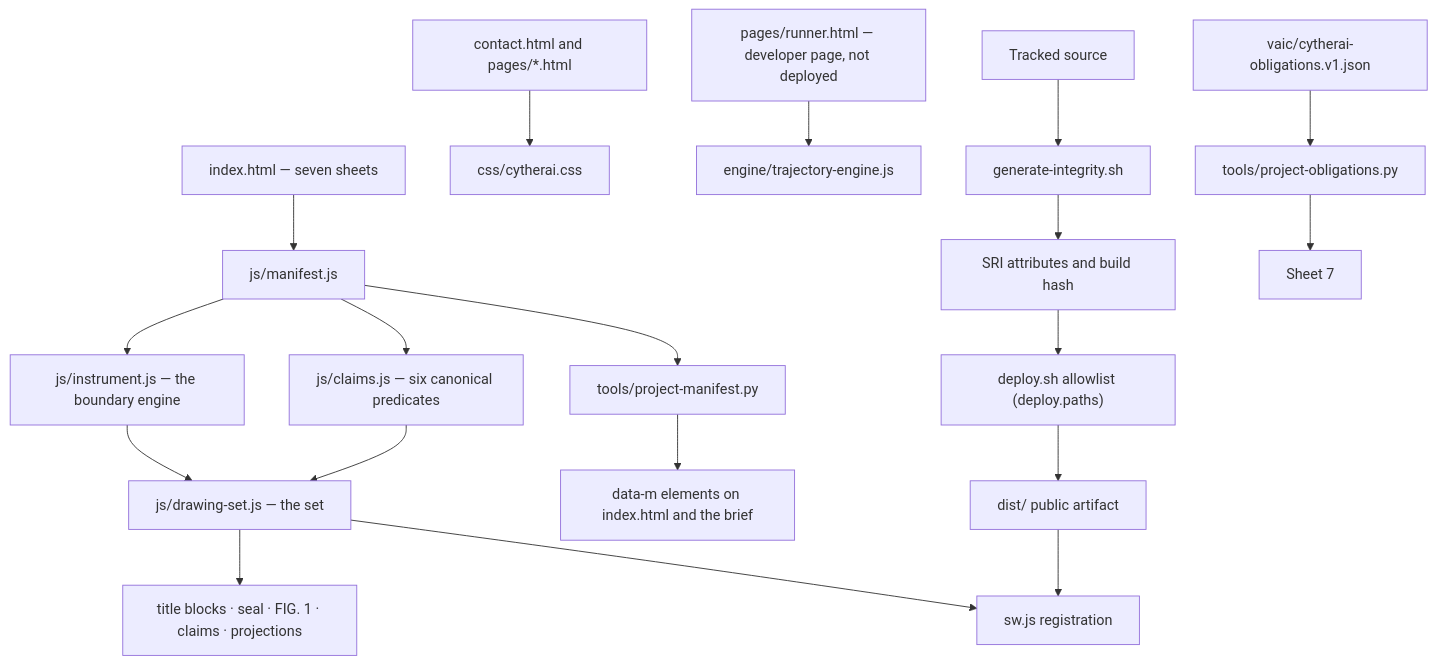
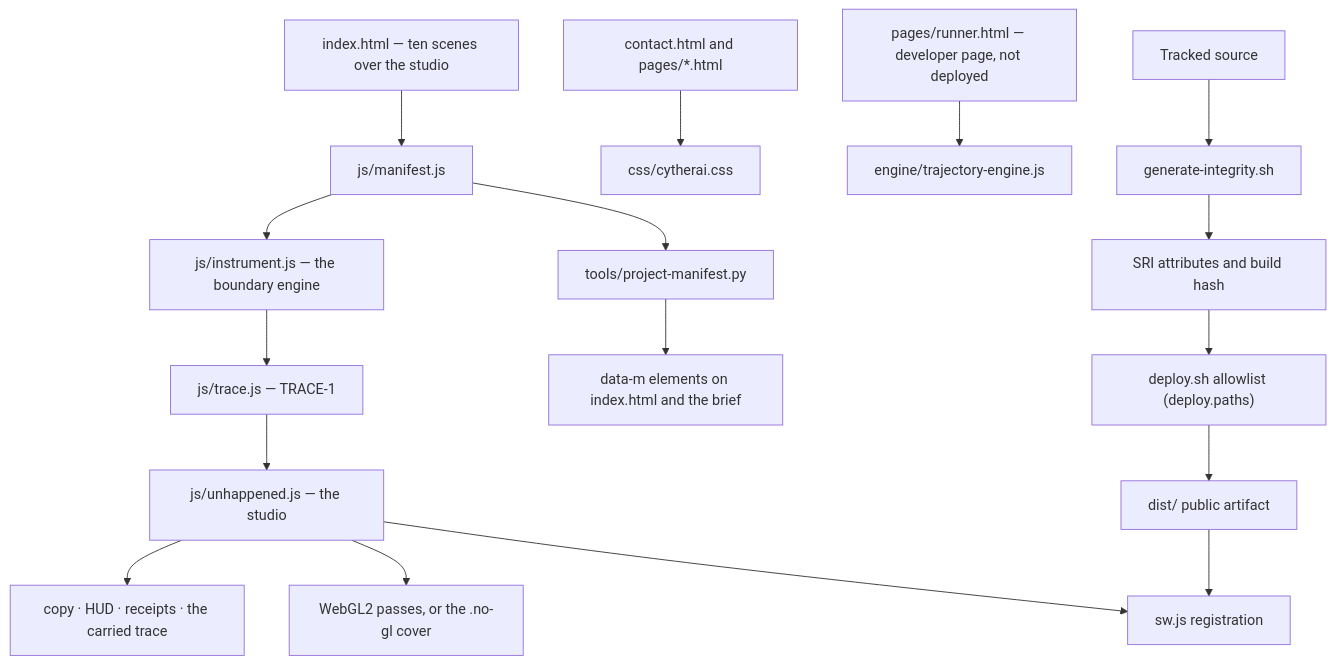
The diagram in docs/architecture.md (AethersDev/CytherAI), drawn with Mermaid before and after one commit. The commit also changed other lines of this file and 55 other files, not shown here.

First line of the commit message:
feat(site): make THE UNHAPPENED the front door; retire the drawing set whole

````diff
--- a/docs/architecture.md
+++ b/docs/architecture.md
@@ -16,22 +19,21 @@
 ```mermaid
 flowchart TD
-  I["index.html — seven sheets"] --> M["js/manifest.js"]
+  I["index.html — ten scenes over the studio"] --> M["js/manifest.js"]
   M --> B["js/instrument.js — the boundary engine"]
-  M --> C["js/claims.js — six canonical predicates"]
-  B --> D["js/drawing-set.js — the set"]
-  C --> D
-  D --> DOM["title blocks · seal · FIG. 1 · claims · projections"]
-  D --> SW["sw.js registration"]
+  B --> T["js/trace.js — TRACE-1"]
+  T --> U["js/unhappened.js — the studio"]
+  U --> DOM["copy · HUD · receipts · the carried trace"]
+  U --> GL["WebGL2 passes, or the .no-gl cover"]
+  U --> SW["sw.js registration"]
 
   P["contact.html and pages/*.html"] --> CSS["css/cytherai.css"]
   R["pages/runner.html — developer page, not deployed"] --> E["engine/trajectory-engine.js"]
 
   SRC["Tracked source"] --> SRI["generate-integrity.sh"]
   SRI --> ID["SRI attributes and build hash"]
   ID --> DEP["deploy.sh allowlist (deploy.paths)"]
   DEP --> DIST["dist/ public artifact"]
   DIST --> SW
 
-  V["vaic/cytherai-obligations.v1.json"] --> PO["tools/project-obligations.py"] --> S7["Sheet 7"]
   M --> PM["tools/project-manifest.py"] --> DM["data-m elements on index.html and the brief"]
 ```
````
